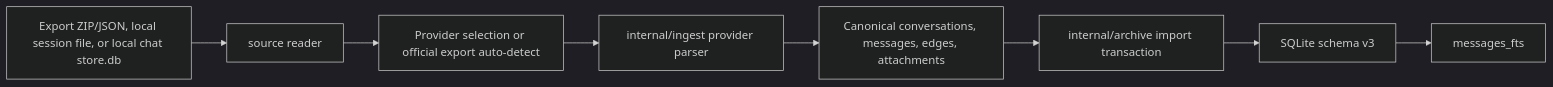
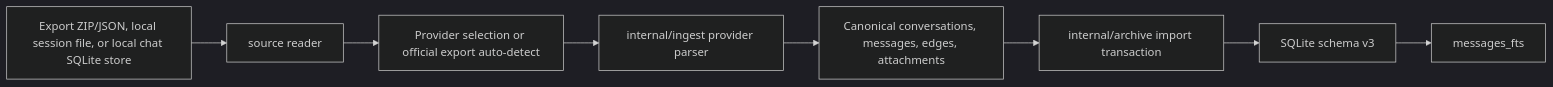
Before and after one commit to jamespheffernan/aicrawl: the first of 3 diagrams in docs/ARCHITECTURE.md, drawn with Mermaid (dark theme). The commit also changed other lines of this file and 10 other files, not shown here.

````diff
--- a/docs/ARCHITECTURE.md
+++ b/docs/ARCHITECTURE.md
@@ -53,10 +53,10 @@
 ```mermaid
 flowchart LR
-  User["Export ZIP/JSON, local session file, or local chat store.db"] --> Source["source reader"]
+  User["Export ZIP/JSON, local session file, or local chat SQLite store"] --> Source["source reader"]
   Source --> Detect["Provider selection or official export auto-detect"]
   Detect --> Parser["internal/ingest provider parser"]
   Parser --> Canonical["Canonical conversations, messages, edges, attachments"]
   Canonical --> Archive["internal/archive import transaction"]
   Archive --> SQLite["SQLite schema v3"]
   SQLite --> FTS["messages_fts"]
 ```
````
